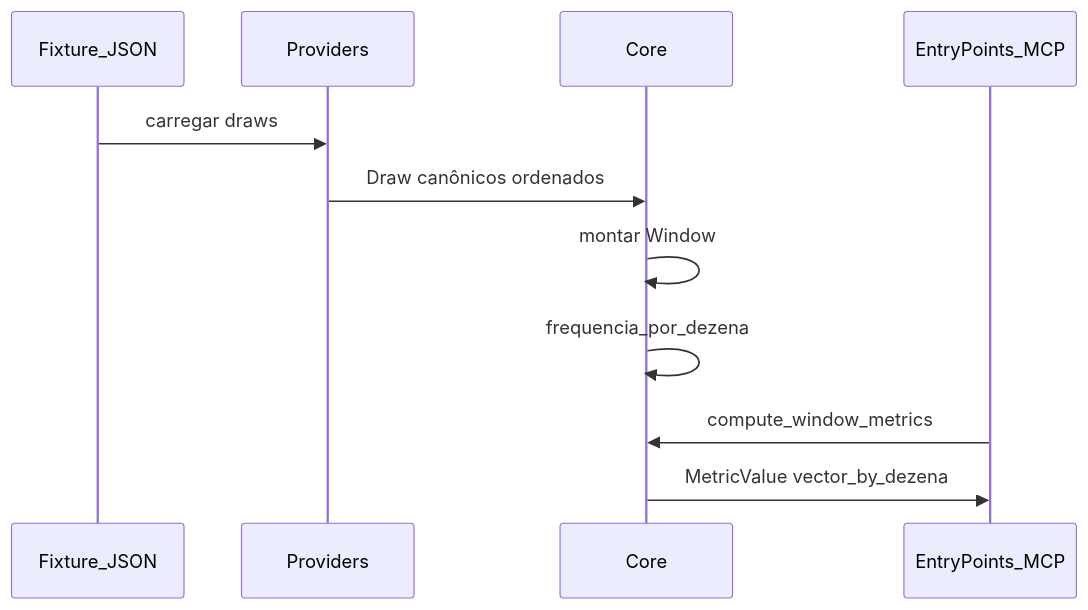
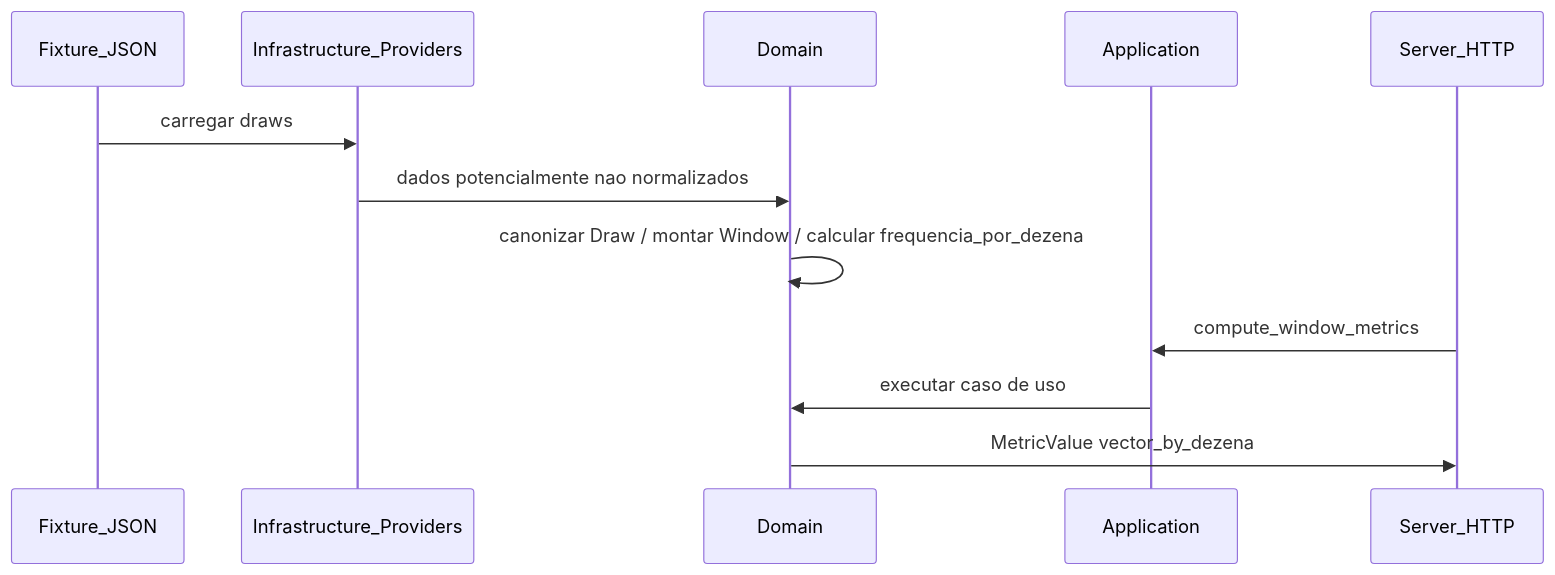
One commit to Hernandesjunio/Lotofacil-IA changed the diagram in docs/vertical-slice.md. Above: the diagram before and after it, drawn with Mermaid. The commit also changed other lines of this file and 6 other files, not shown here.

````diff
--- a/docs/vertical-slice.md
+++ b/docs/vertical-slice.md
@@ -21,13 +24,14 @@
 ```mermaid
 sequenceDiagram
   participant Fixture as Fixture_JSON
-  participant Provider as Providers
-  participant Core as Core
-  participant MCP as EntryPoints_MCP
+  participant Provider as Infrastructure_Providers
+  participant Domain as Domain
+  participant App as Application
+  participant HTTP as Server_HTTP
   Fixture->>Provider: carregar draws
-  Provider->>Core: Draw canônicos ordenados
-  Core->>Core: montar Window
-  Core->>Core: frequencia_por_dezena
-  MCP->>Core: compute_window_metrics
-  Core->>MCP: MetricValue vector_by_dezena
+  Provider->>Domain: dados potencialmente nao normalizados
+  Domain->>Domain: canonizar Draw / montar Window / calcular frequencia_por_dezena
+  HTTP->>App: compute_window_metrics
+  App->>Domain: executar caso de uso
+  Domain->>HTTP: MetricValue vector_by_dezena
 ```
````
